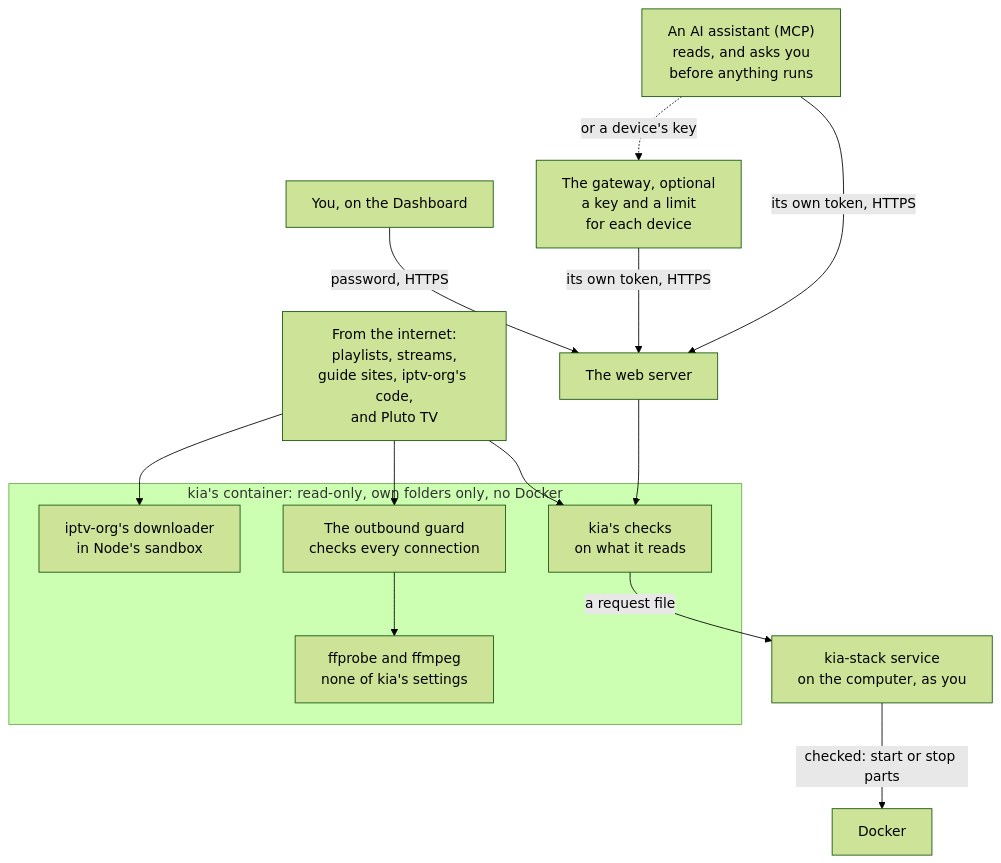
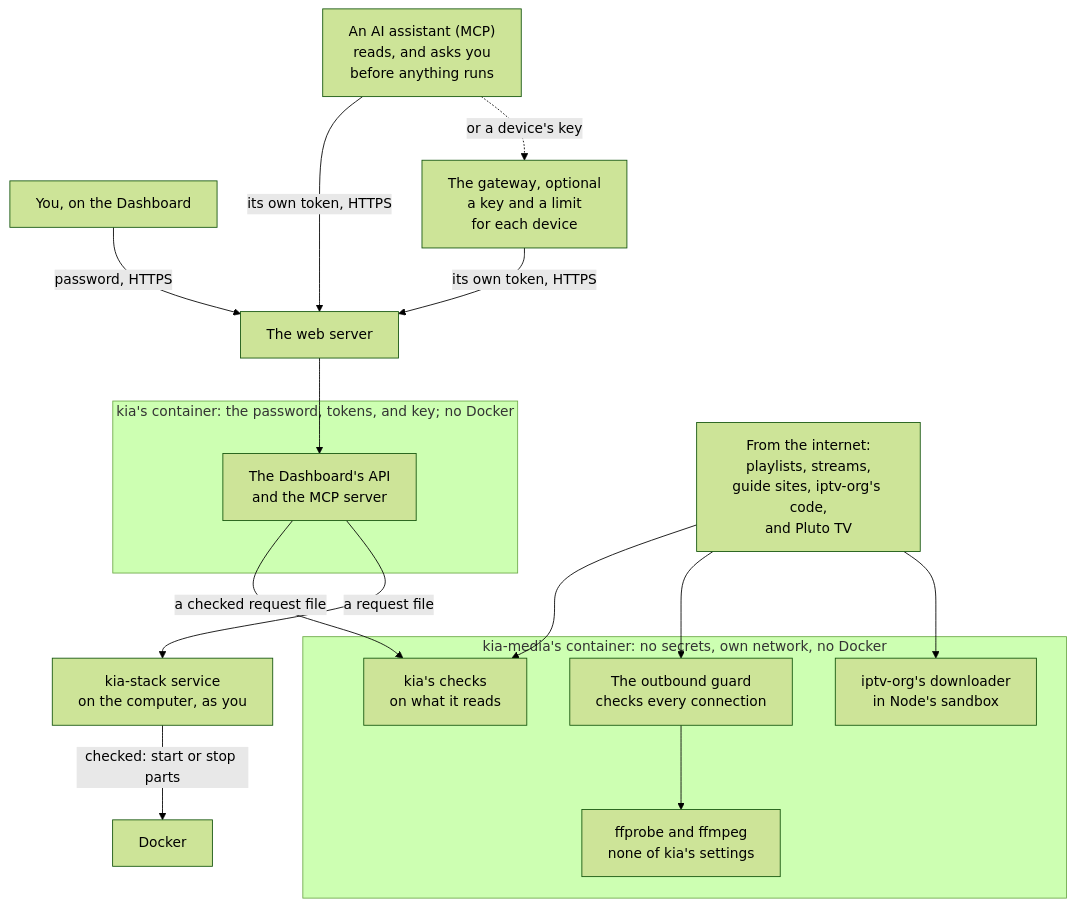
The diagram in docs/diagrams/security-layers.mmd (southsidedean/kodi-iptv-assistant), drawn with Mermaid (forest theme) before and after one commit. The commit also changed 31 other files, not shown here.

```diff
--- a/docs/diagrams/security-layers.mmd
+++ b/docs/diagrams/security-layers.mmd
@@ -1,19 +1,23 @@
 flowchart TB
   net["From the internet:<br>playlists, streams,<br>guide sites, iptv-org's code,<br>and Pluto TV"]
-  subgraph container["kia's container: read-only, own folders only, no Docker"]
+  subgraph mediabox["kia-media's container: no secrets, own network, no Docker"]
     checks["kia's checks<br>on what it reads"]
     media["ffprobe and ffmpeg<br>none of kia's settings"]
     guard["The outbound guard<br>checks every connection"]
     sandbox["iptv-org's downloader<br>in Node's sandbox"]
+  end
+  subgraph kiabox["kia's container: the password, tokens, and key; no Docker"]
+    dash["The Dashboard's API<br>and the MCP server"]
   end
   net --> checks
   net --> guard
   guard --> media
   net --> sandbox
   you["You, on the Dashboard"] -->|"password, HTTPS"| webserver["The web server"]
   ai["An AI assistant (MCP)<br>reads, and asks you<br>before anything runs"] -->|"its own token, HTTPS"| webserver
   ai -.->|"or a device's key"| gw["The gateway, optional<br>a key and a limit<br>for each device"]
   gw -->|"its own token, HTTPS"| webserver
-  webserver --> checks
-  checks -->|"a request file"| svc["kia-stack service<br>on the computer, as you"]
+  webserver --> dash
+  dash -->|"a checked request file"| checks
+  dash -->|"a request file"| svc["kia-stack service<br>on the computer, as you"]
   svc -->|"checked: start or stop parts"| docker["Docker"]
```
